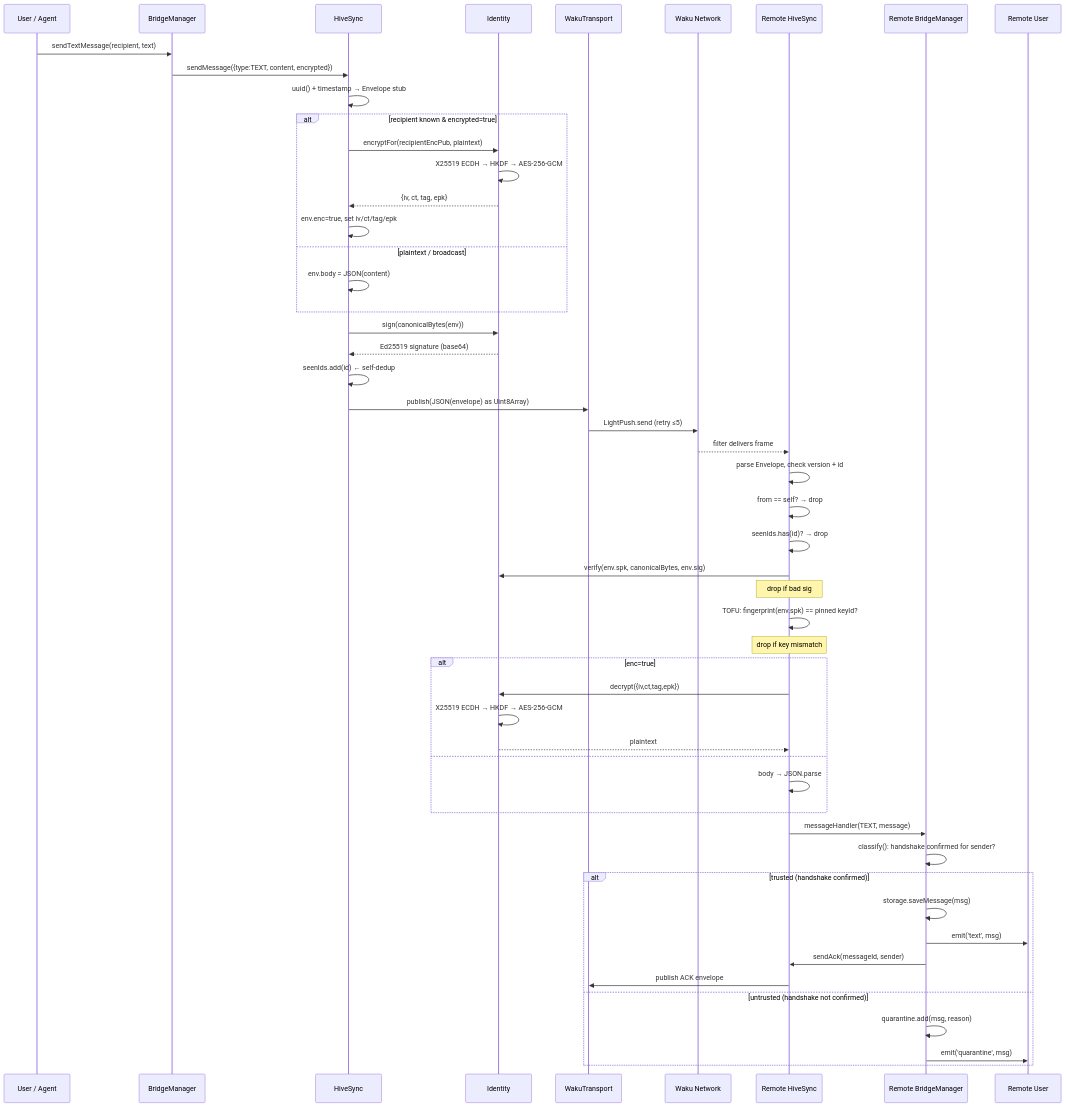
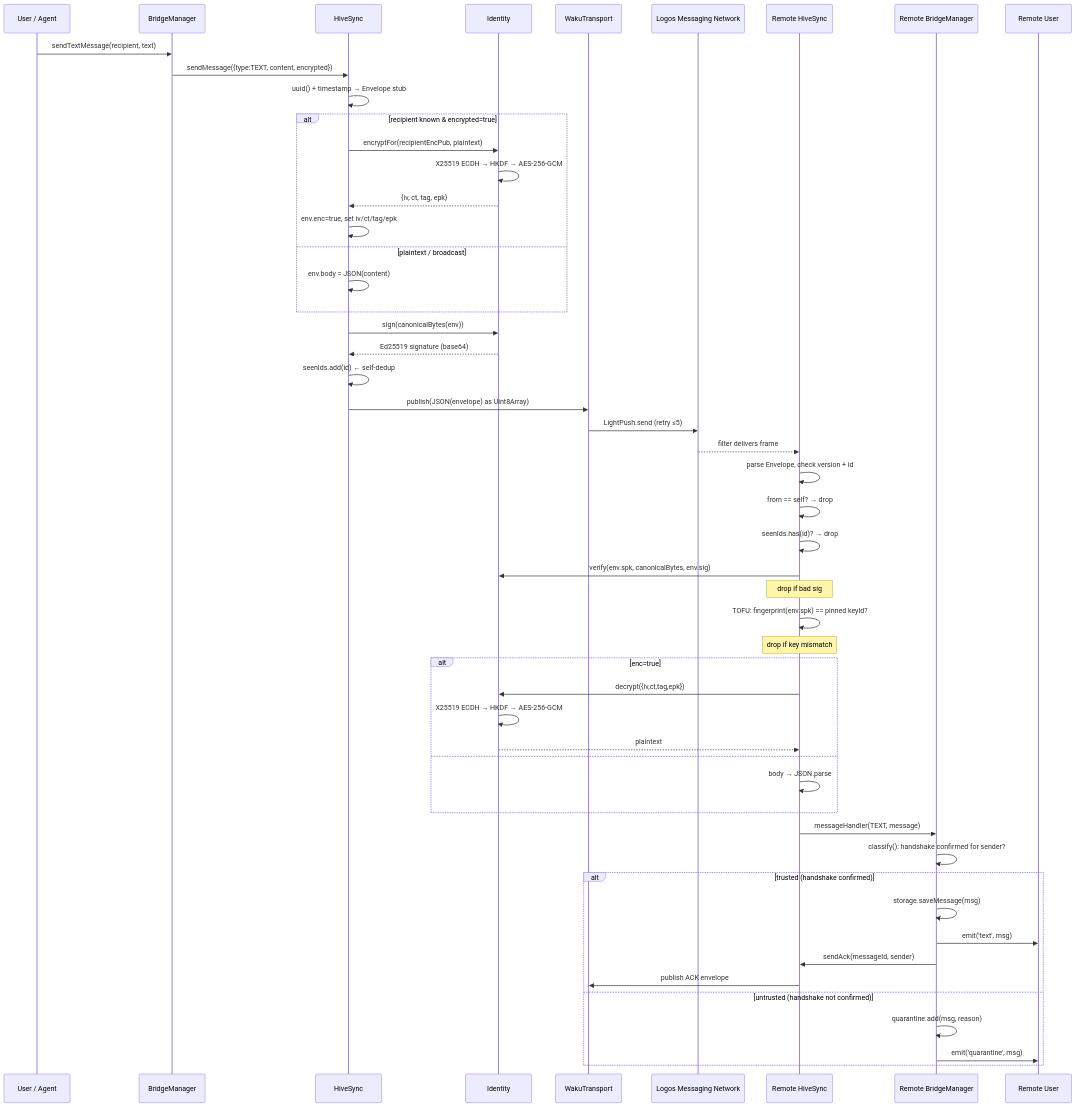
Before and after one commit to daoism-systems/hivesync: the second of 3 diagrams in ARCHITECTURE.md, drawn with Mermaid. The commit also changed other lines of this file and 35 other files, not shown here.

First line of the commit message:
docs: rebrand Waku → Logos Messaging in user-facing text

````diff
--- a/ARCHITECTURE.md
+++ b/ARCHITECTURE.md
@@ -83,56 +83,56 @@
 ```mermaid
 sequenceDiagram
     participant U as User / Agent
     participant BM as BridgeManager
     participant HS as HiveSync
     participant ID as Identity
     participant WT as WakuTransport
-    participant NET as Waku Network
+    participant NET as Logos Messaging Network
     participant HS2 as Remote HiveSync
     participant BM2 as Remote BridgeManager
     participant U2 as Remote User
 
     U->>BM: sendTextMessage(recipient, text)
     BM->>HS: sendMessage({type:TEXT, content, encrypted})
     HS->>HS: uuid() + timestamp → Envelope stub
     alt recipient known & encrypted=true
         HS->>ID: encryptFor(recipientEncPub, plaintext)
         ID->>ID: X25519 ECDH → HKDF → AES-256-GCM
         ID-->>HS: {iv, ct, tag, epk}
         HS->>HS: env.enc=true, set iv/ct/tag/epk
     else plaintext / broadcast
         HS->>HS: env.body = JSON(content)
     end
     HS->>ID: sign(canonicalBytes(env))
     ID-->>HS: Ed25519 signature (base64)
     HS->>HS: seenIds.add(id)   ← self-dedup
     HS->>WT: publish(JSON(envelope) as Uint8Array)
     WT->>NET: LightPush.send (retry ≤5)
     NET-->>HS2: filter delivers frame
 
     HS2->>HS2: parse Envelope, check version + id
     HS2->>HS2: from == self? → drop
     HS2->>HS2: seenIds.has(id)? → drop
     HS2->>ID: verify(env.spk, canonicalBytes, env.sig)
     Note over HS2: drop if bad sig
     HS2->>HS2: TOFU: fingerprint(env.spk) == pinned keyId?
     Note over HS2: drop if key mismatch
     alt enc=true
         HS2->>ID: decrypt({iv,ct,tag,epk})
         ID->>ID: X25519 ECDH → HKDF → AES-256-GCM
         ID-->>HS2: plaintext
     else
         HS2->>HS2: body → JSON.parse
     end
     HS2->>BM2: messageHandler(TEXT, message)
     BM2->>BM2: classify(): handshake confirmed for sender?
     alt trusted (handshake confirmed)
         BM2->>BM2: storage.saveMessage(msg)
         BM2->>U2: emit('text', msg)
         BM2->>HS2: sendAck(messageId, sender)
         HS2->>WT: publish ACK envelope
     else untrusted (handshake not confirmed)
         BM2->>BM2: quarantine.add(msg, reason)
         BM2->>U2: emit('quarantine', msg)
     end
 ```
````
